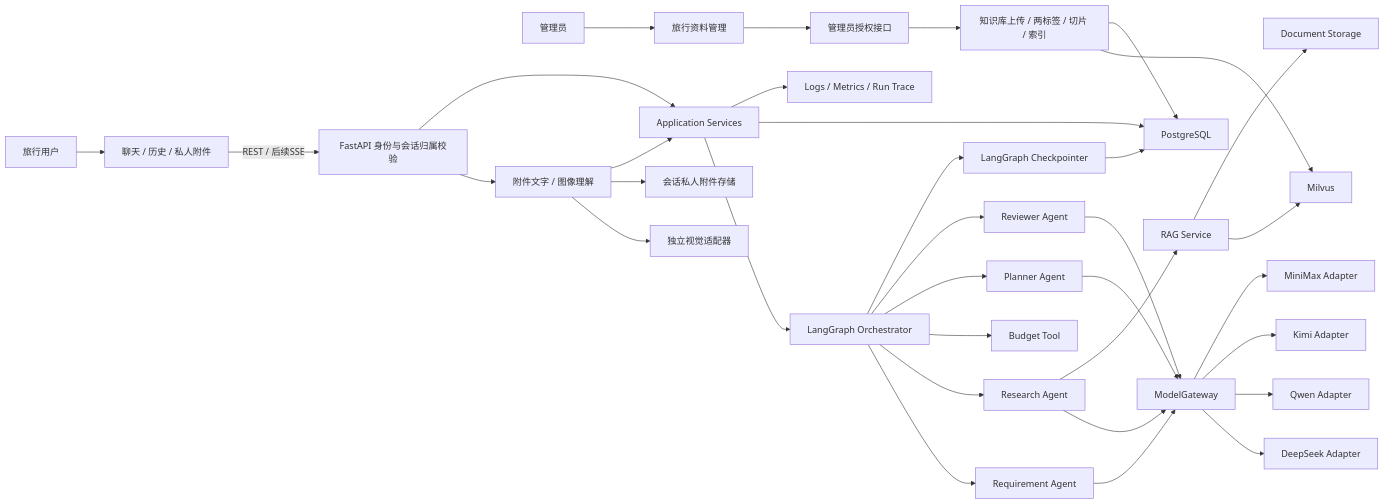
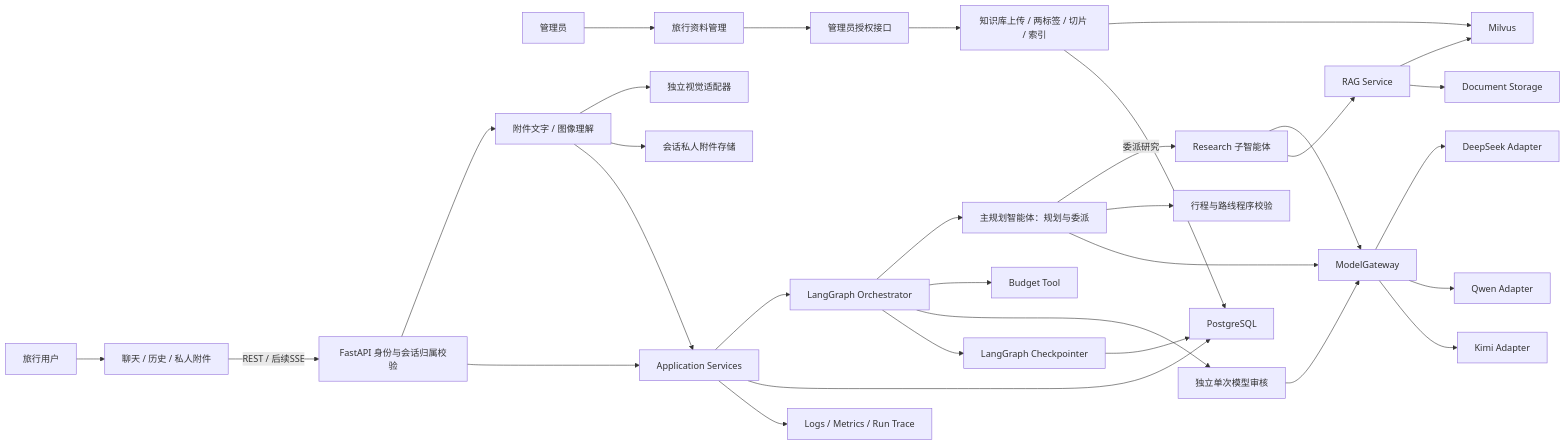
The first of 3 diagrams in docs/02-技术设计文档.md (Charlie-acher/TravelMindAI), drawn with Mermaid before and after one commit. The commit also changed other lines of this file and 70 other files, not shown here.

````diff
--- a/docs/02-技术设计文档.md
+++ b/docs/02-技术设计文档.md
@@ -38,40 +40,38 @@
 ```mermaid
 flowchart LR
     U["旅行用户"] --> FE["聊天 / 历史 / 私人附件"]
     AD["管理员"] --> AFE["旅行资料管理"]
     FE -->|"REST / 后续SSE"| API["FastAPI 身份与会话归属校验"]
     AFE --> ADMIN["管理员授权接口"]
     ADMIN --> INGEST["知识库上传 / 两标签 / 切片 / 索引"]
     INGEST --> MILVUS
     INGEST --> PG
     API --> ATT["附件文字 / 图像理解"]
     ATT --> VISION["独立视觉适配器"]
     ATT --> PRIVATE["会话私人附件存储"]
     ATT --> APP
 
     API --> APP["Application Services"]
     APP --> GRAPH["LangGraph Orchestrator"]
-    GRAPH --> REQ["Requirement Agent"]
-    GRAPH --> RES["Research Agent"]
+    GRAPH --> REQ["主规划智能体：规划与委派"]
+    REQ -->|"委派研究"| RES["Research 子智能体"]
     GRAPH --> BUD["Budget Tool"]
-    GRAPH --> PLAN["Planner Agent"]
-    GRAPH --> REV["Reviewer Agent"]
+    REQ --> PLAN["行程与路线程序校验"]
+    GRAPH --> REV["独立单次模型审核"]
 
     REQ --> GW["ModelGateway"]
     RES --> GW
-    PLAN --> GW
     REV --> GW
     GW --> DS["DeepSeek Adapter"]
     GW --> QW["Qwen Adapter"]
     GW --> KM["Kimi Adapter"]
-    GW --> MM["MiniMax Adapter"]
 
     RES --> RAG["RAG Service"]
     RAG --> MILVUS["Milvus"]
     RAG --> FILES["Document Storage"]
 
     APP --> PG["PostgreSQL"]
     GRAPH --> CP["LangGraph Checkpointer"]
     CP --> PG
     APP --> OBS["Logs / Metrics / Run Trace"]
 ```
````
